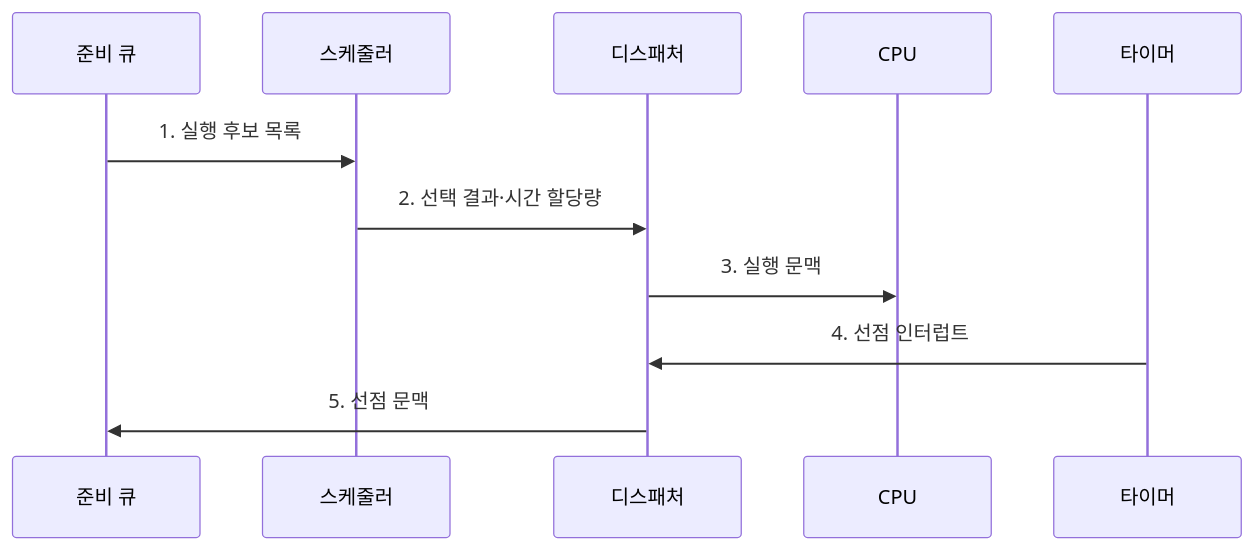
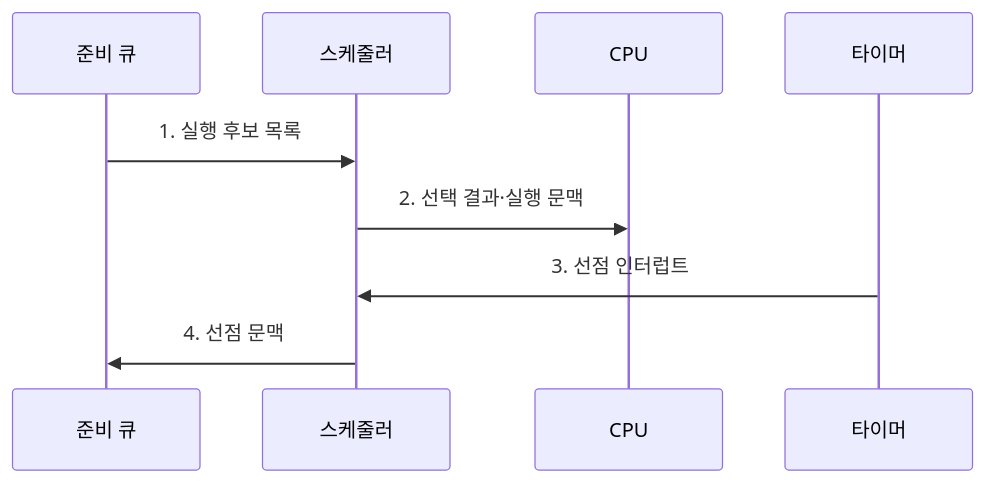
One commit to agnusdei1207/knowledge-base changed the second of 2 diagrams in src/content/docs/notes/03-software/004_process_scheduling.md. Above: the diagram before and after it, drawn with Mermaid. The commit also changed other lines of this file and 9 other files, not shown here.

Commit message:
Simplify software execution diagrams

````diff
--- a/src/content/docs/notes/03-software/004_process_scheduling.md
+++ b/src/content/docs/notes/03-software/004_process_scheduling.md
@@ -105,13 +105,11 @@
 ```mermaid
 sequenceDiagram
     participant Q as 준비 큐
     participant S as 스케줄러
-    participant D as 디스패처
     participant C as CPU
     participant T as 타이머
     Q->>S: 1. 실행 후보 목록
-    S->>D: 2. 선택 결과·시간 할당량
-    D->>C: 3. 실행 문맥
-    T->>D: 4. 선점 인터럽트
-    D->>Q: 5. 선점 문맥
+    S->>C: 2. 선택 결과·실행 문맥
+    T->>S: 3. 선점 인터럽트
+    S->>Q: 4. 선점 문맥
 ```
````
